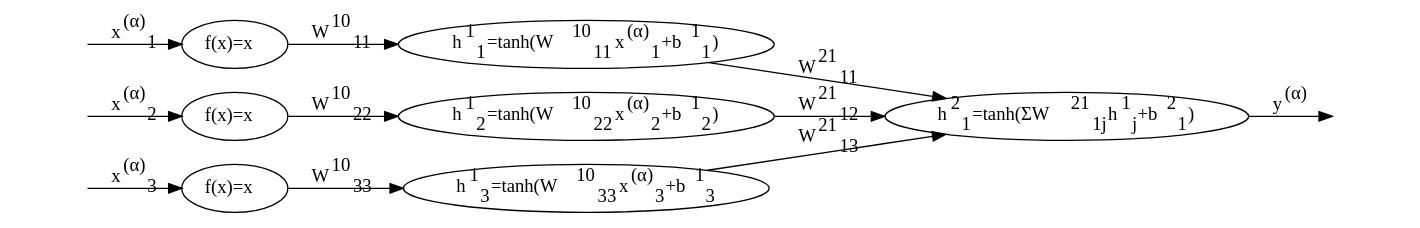
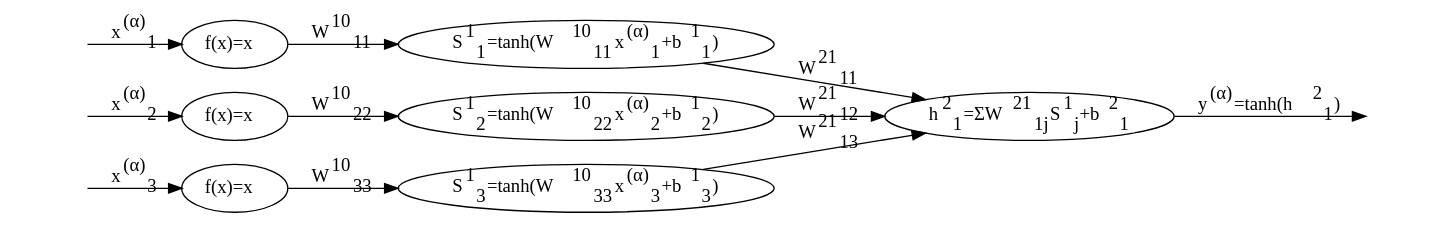
The diagram in MachineIntelligence/e3/e3-2nn3.dot (CFWLoader/supreme-bassoon), drawn with Graphviz before and after one commit. The commit also changed 1 other file, not shown here.

```diff
--- a/MachineIntelligence/e3/e3-2nn3.dot
+++ b/MachineIntelligence/e3/e3-2nn3.dot
@@ -1,31 +1,31 @@
 digraph{
     rankdir=<LR>
     splines=<line>
     node[color=<white>]
     input1[label=< >]
     input2[label=< >]
     input3[label=< >]
     finalout[label=< >]
     
     node[color=<black>] 
     input01[label=<f(x)=x>] 
     input02[label=<f(x)=x>] 
     input03[label=<f(x)=x>]
 
-    input11[label=<h<sup>1</sup><sub>1</sub>=tanh(W<sup>10</sup><sub>11</sub>x<sup>(&alpha;)</sup><sub>1</sub>+b<sup>1</sup><sub>1</sub>)>] 
-    input12[label=<h<sup>1</sup><sub>2</sub>=tanh(W<sup>10</sup><sub>22</sub>x<sup>(&alpha;)</sup><sub>2</sub>+b<sup>1</sup><sub>2</sub>)>] 
-    input13[label=<h<sup>1</sup><sub>3</sub>=tanh(W<sup>10</sup><sub>33</sub>x<sup>(&alpha;)</sup><sub>3</sub>+b<sup>1</sup><sub>3</sub>>]
+    input11[label=<S<sup>1</sup><sub>1</sub>=tanh(W<sup>10</sup><sub>11</sub>x<sup>(&alpha;)</sup><sub>1</sub>+b<sup>1</sup><sub>1</sub>)>] 
+    input12[label=<S<sup>1</sup><sub>2</sub>=tanh(W<sup>10</sup><sub>22</sub>x<sup>(&alpha;)</sup><sub>2</sub>+b<sup>1</sup><sub>2</sub>)>] 
+    input13[label=<S<sup>1</sup><sub>3</sub>=tanh(W<sup>10</sup><sub>33</sub>x<sup>(&alpha;)</sup><sub>3</sub>+b<sup>1</sup><sub>3</sub>)>]
 
-    output[label=<h<sup>2</sup><sub>1</sub>=tanh(&Sigma;W<sup>21</sup><sub>1j</sub>h<sup>1</sup><sub>j</sub>+b<sup>2</sup><sub>1</sub>)>]
+    output[label=<h<sup>2</sup><sub>1</sub>=&Sigma;W<sup>21</sup><sub>1j</sub>S<sup>1</sup><sub>j</sub>+b<sup>2</sup><sub>1</sub>>]
 
     input1 -> input01 [label=<x<sup>(&alpha;)</sup><sub>1</sub>>]
     input2 -> input02 [label=<x<sup>(&alpha;)</sup><sub>2</sub>>]
     input3 -> input03 [label=<x<sup>(&alpha;)</sup><sub>3</sub>>]
     input01 -> input11 [label=<W<sup>10</sup><sub>11</sub>>]
     input02 -> input12 [label=<W<sup>10</sup><sub>22</sub>>]
     input03 -> input13 [label=<W<sup>10</sup><sub>33</sub>>]
     input11 -> output [label=<W<sup>21</sup><sub>11</sub>>]
     input12 -> output [label=<W<sup>21</sup><sub>12</sub>>]
     input13 -> output [label=<W<sup>21</sup><sub>13</sub>>]
-    output -> finalout [label=<y<sup>(&alpha;)</sup>>]
+    output -> finalout [label=<y<sup>(&alpha;)</sup>=tanh(h<sup>2</sup><sub>1</sub>)>]
 }
```
